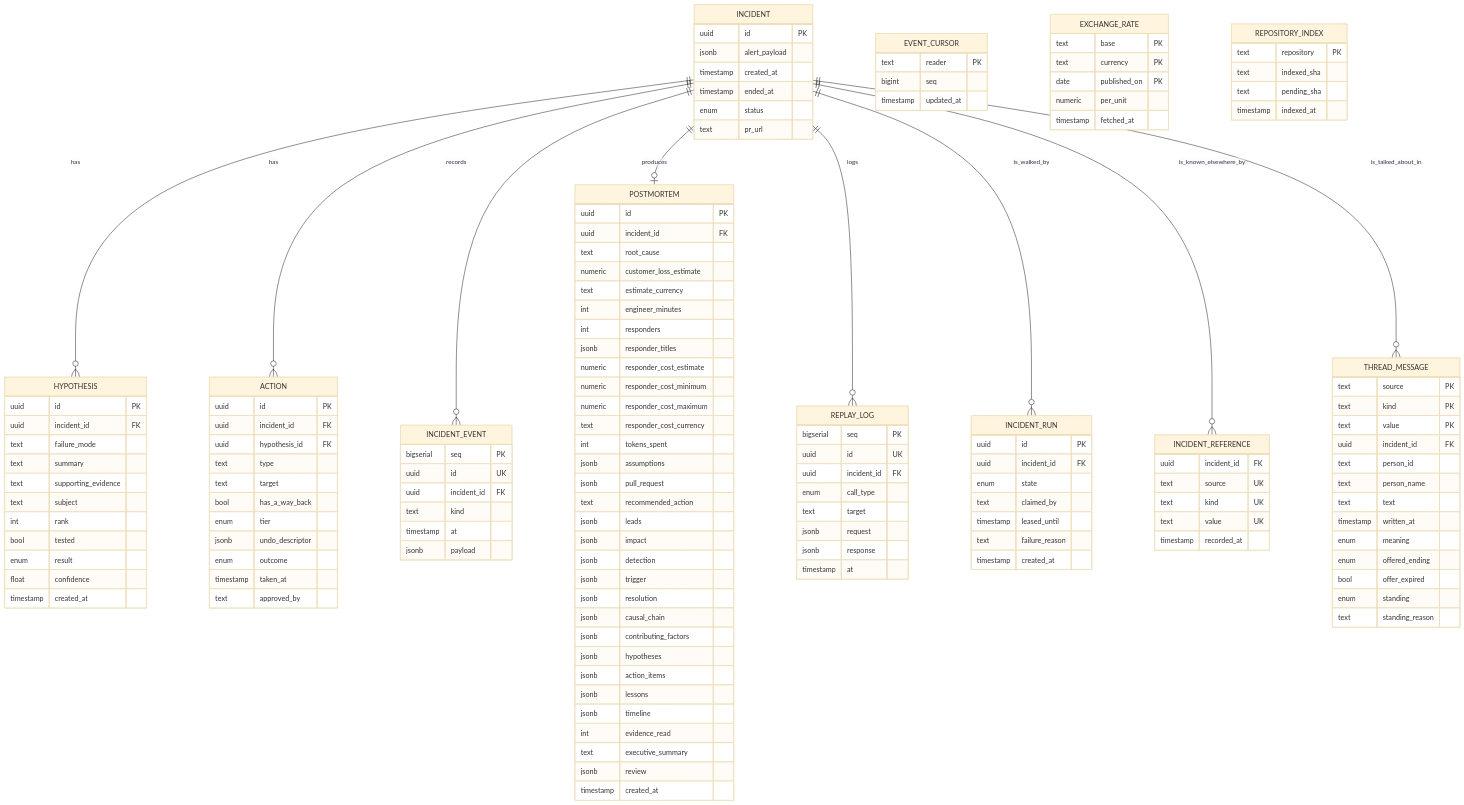
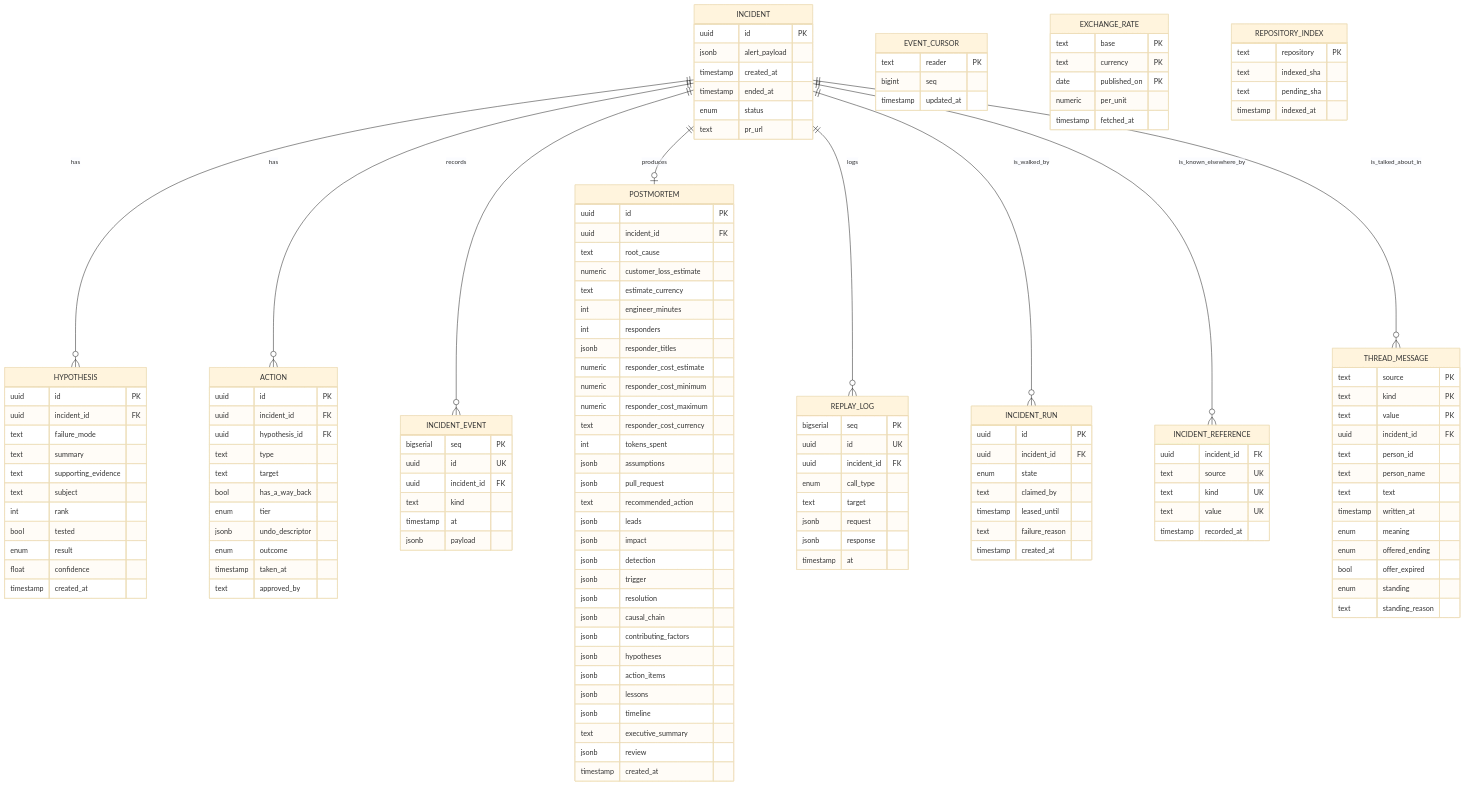
The fourth of 6 diagrams in docs/spec-and-architecture.md (ohadraz/Argus), drawn with Mermaid (base theme) before and after one commit. The commit also changed 70 other files, not shown here.

```diff
--- a/docs/spec-and-architecture.md
+++ b/docs/spec-and-architecture.md
@@ -555,7 +555,6 @@
         jsonb action_items
         jsonb lessons
         jsonb timeline
-        int evidence_read
         text executive_summary
         jsonb review
         timestamp created_at
```
